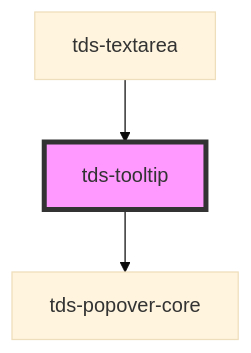
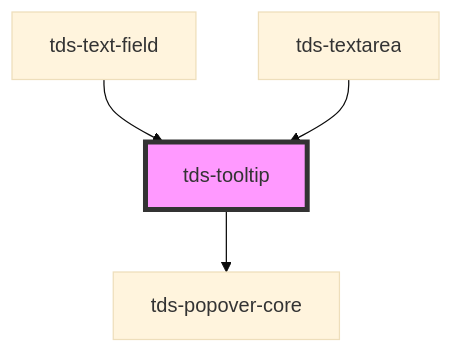
The diagram in packages/core/src/components/tooltip/readme.md (scania-digital-design-system/tegel), drawn with Mermaid (base theme) before and after one commit. The commit also changed other lines of this file and 3 other files, not shown here.

Commit message:
fix(text-field): add tooltip to read only and remove old label

````diff
--- a/packages/core/src/components/tooltip/readme.md
+++ b/packages/core/src/components/tooltip/readme.md
@@ -113,6 +114,7 @@
 ```mermaid
 graph TD;
   tds-tooltip --> tds-popover-core
+  tds-text-field --> tds-tooltip
   tds-textarea --> tds-tooltip
   style tds-tooltip fill:#f9f,stroke:#333,stroke-width:4px
 ```
````
